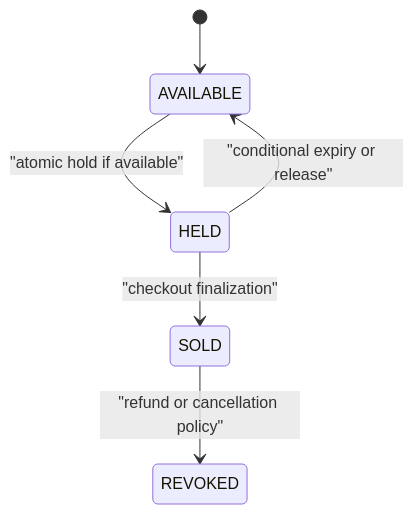
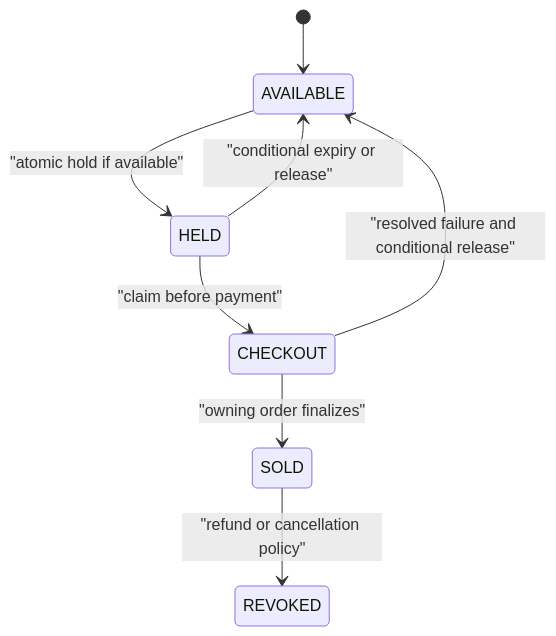
Before and after one commit to Pranshu258/system-design: the third of 5 diagrams in ticketmaster-system-design.md, drawn with Mermaid. The commit also changed other lines of this file and 23 other files, not shown here.

````diff
--- a/ticketmaster-system-design.md
+++ b/ticketmaster-system-design.md
@@ -197,8 +198,10 @@
 ```mermaid
 stateDiagram-v2
     [*] --> AVAILABLE
     AVAILABLE --> HELD: "atomic hold if available"
     HELD --> AVAILABLE: "conditional expiry or release"
-    HELD --> SOLD: "checkout finalization"
+    HELD --> CHECKOUT: "claim before payment"
+    CHECKOUT --> SOLD: "owning order finalizes"
+    CHECKOUT --> AVAILABLE: "resolved failure and conditional release"
     SOLD --> REVOKED: "refund or cancellation policy"
 ```
````
